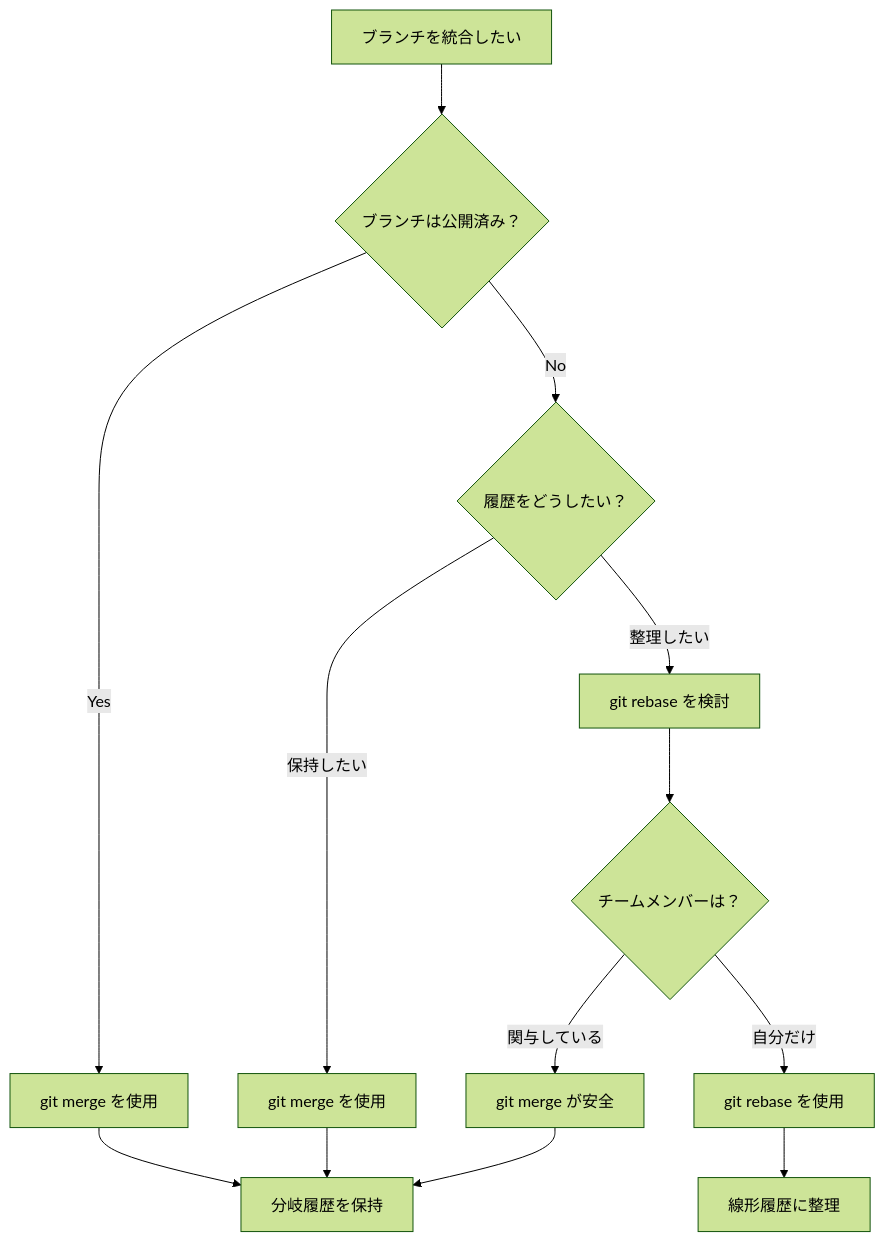
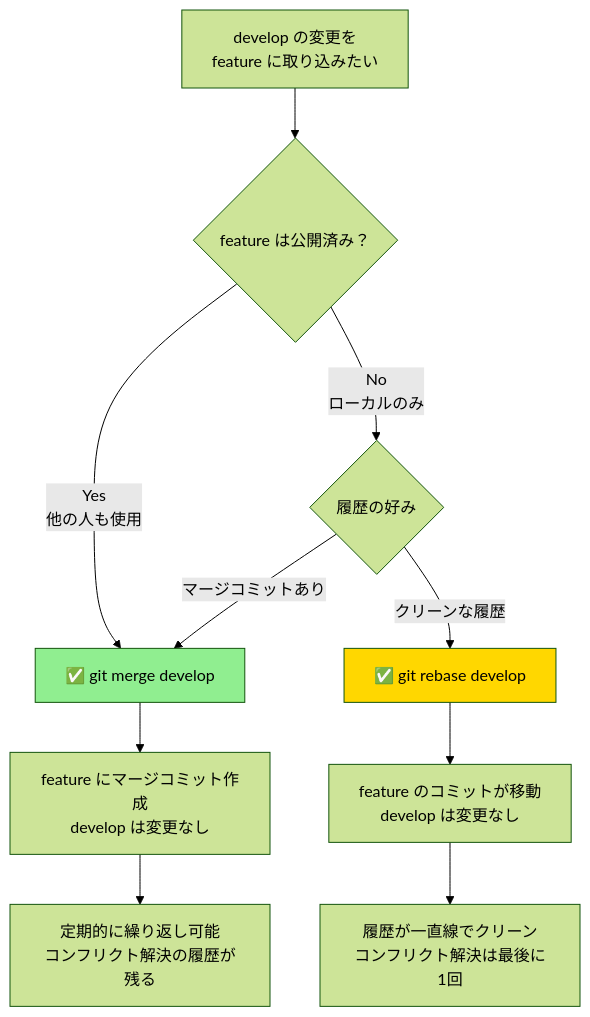
The eighth of 9 diagrams in docs/03-merge-vs-rebase.md (L40S38/git_practice), drawn with Mermaid (forest theme) before and after one commit. The commit also changed other lines of this file, not shown here.

Commit message:
03 merge-problem explained

````diff
--- a/docs/03-merge-vs-rebase.md
+++ b/docs/03-merge-vs-rebase.md
@@ -423,19 +885,19 @@
 ```mermaid
 flowchart TD
-    A[ブランチを統合したい] --> B{ブランチは公開済み？}
+    A[develop の変更を<br/>feature に取り込みたい] --> B{feature は公開済み？}
     
-    B -->|Yes| C[git merge を使用]
-    B -->|No| D{履歴をどうしたい？}
+    B -->|Yes<br/>他の人も使用| C[✅ git merge develop]
+    B -->|No<br/>ローカルのみ| D{履歴の好み}
     
-    D -->|保持したい| E[git merge を使用]
-    D -->|整理したい| F[git rebase を検討]
+    D -->|マージコミットあり| C
+    D -->|クリーンな履歴| E[✅ git rebase develop]
     
-    F --> G{チームメンバーは？}
-    G -->|関与している| H[git merge が安全]
-    G -->|自分だけ| I[git rebase を使用]
+    C --> F[feature にマージコミット作成<br/>develop は変更なし]
+    E --> G[feature のコミットが移動<br/>develop は変更なし]
     
-    C --> J[分岐履歴を保持]
-    E --> J
-    H --> J
-    I --> K[線形履歴に整理]
+    F --> H[定期的に繰り返し可能<br/>コンフリクト解決の履歴が残る]
+    G --> I[履歴が一直線でクリーン<br/>コンフリクト解決は最後に1回]
+    
+    style C fill:#90EE90
+    style E fill:#FFD700
 ```
````
